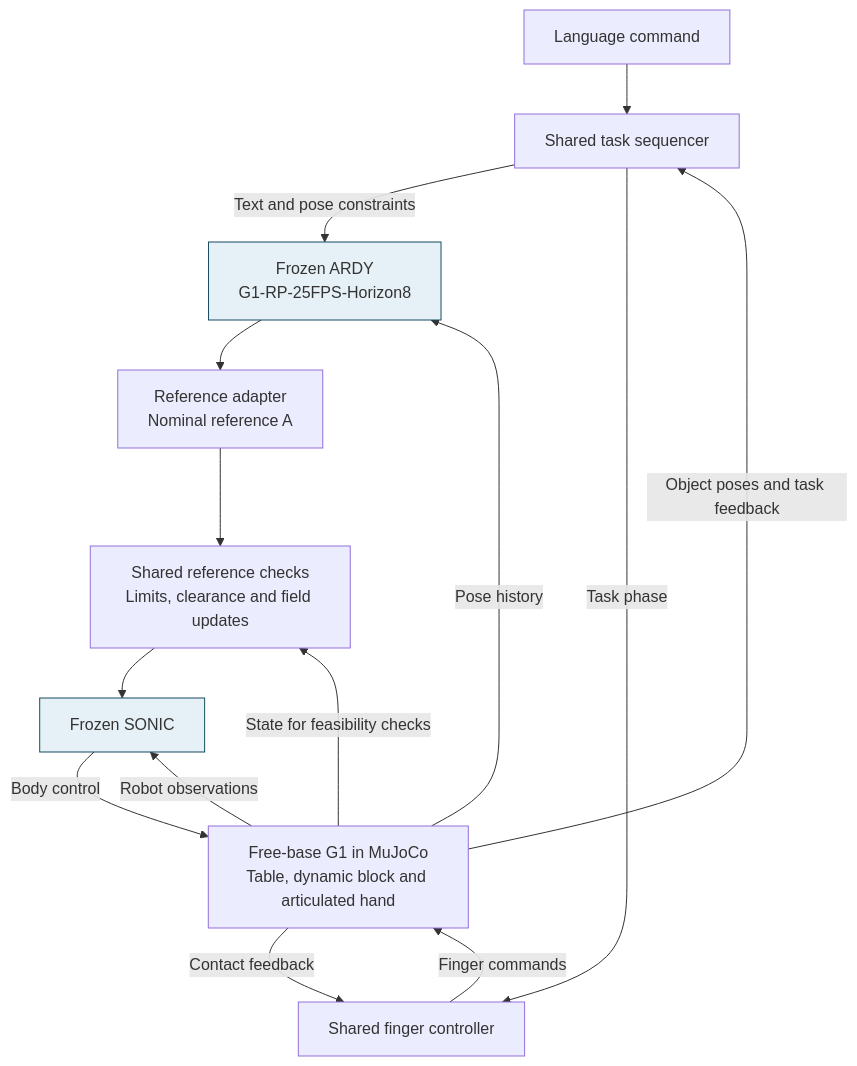
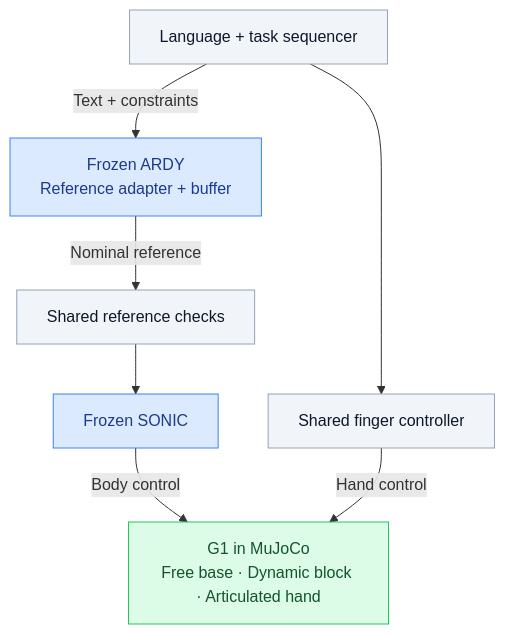
One commit to Peneplain/dl changed the first of 2 diagrams in README.md. Above: the diagram before and after it, drawn with Mermaid. The commit also changed other lines of this file and 5 other files, not shown here.

````diff
--- a/README.md
+++ b/README.md
@@ -29,19 +36,16 @@
 ```mermaid
 flowchart TB
-    T["Language command"] --> Q["Shared task sequencer"]
-    Q -->|Text and pose constraints| A["Frozen ARDY<br/>G1-RP-25FPS-Horizon8"]
-    A --> N["Reference adapter<br/>Nominal reference A"]
-    N --> C["Shared reference checks<br/>Limits, clearance and field updates"]
+    Q["Language + task sequencer"] -->|Text + constraints| A["Frozen ARDY<br/>Reference adapter + buffer"]
+    A -->|Nominal reference| C["Shared reference checks"]
     C --> S["Frozen SONIC"]
-    S -->|Body control| G["Free-base G1 in MuJoCo<br/>Table, dynamic block and articulated hand"]
-    Q -->|Task phase| H["Shared finger controller"]
-    H -->|Finger commands| G
-    G -->|Object poses and task feedback| Q
-    G -->|Pose history| A
-    G -->|Contact feedback| H
-    G -->|Robot observations| S
-    G -->|State for feasibility checks| C
+    S -->|Body control| G["G1 in MuJoCo<br/>Free base · Dynamic block · Articulated hand"]
+    Q --> H["Shared finger controller"]
+    H -->|Hand control| G
 
-    classDef frozen fill:#e6f1f7,stroke:#174b60;
+    classDef shared fill:#f1f5f9,stroke:#94a3b8,color:#0f172a;
+    classDef frozen fill:#dbeafe,stroke:#3b82f6,color:#1e3a8a;
+    classDef sim fill:#dcfce7,stroke:#22c55e,color:#14532d;
+    class Q,C,H shared;
     class A,S frozen;
+    class G sim;
 ```
````
